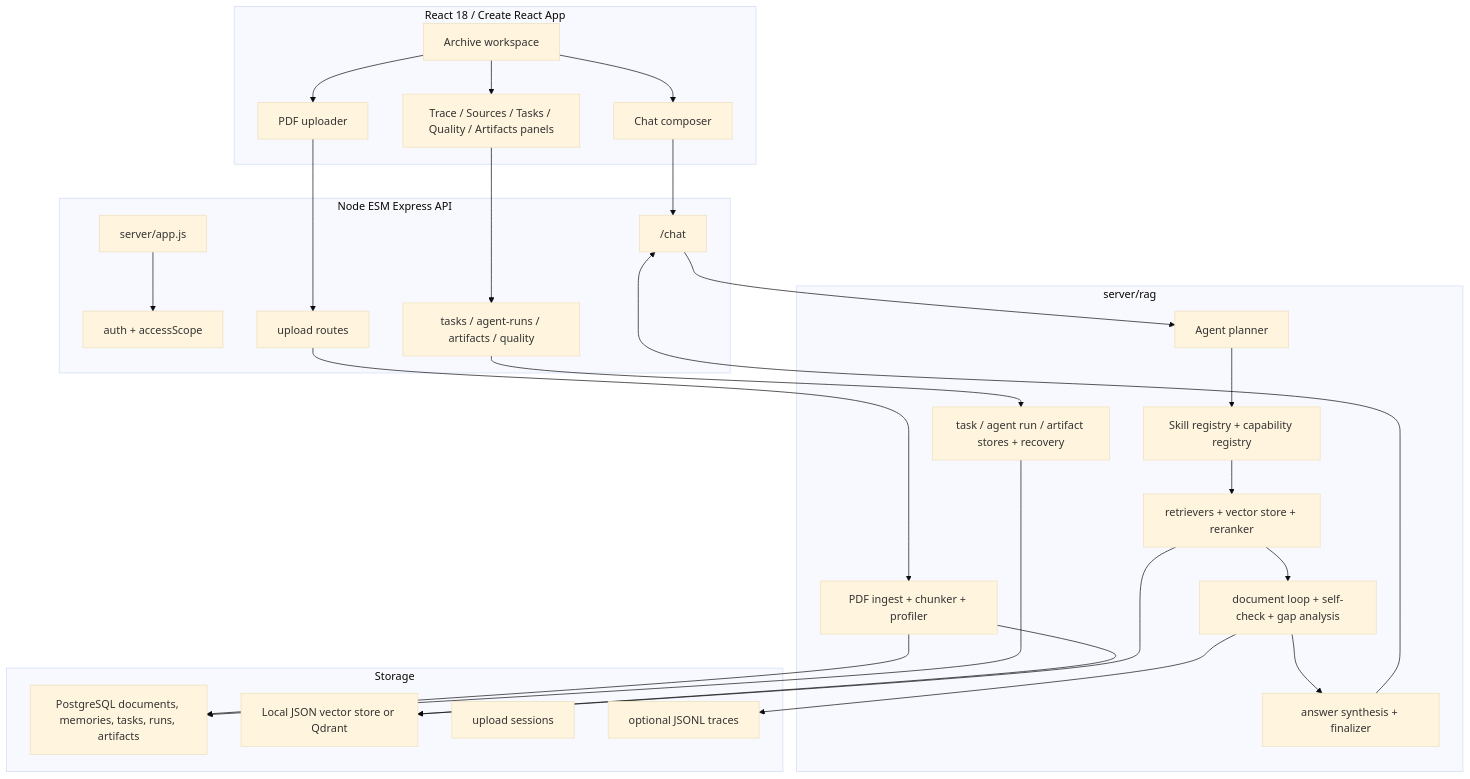
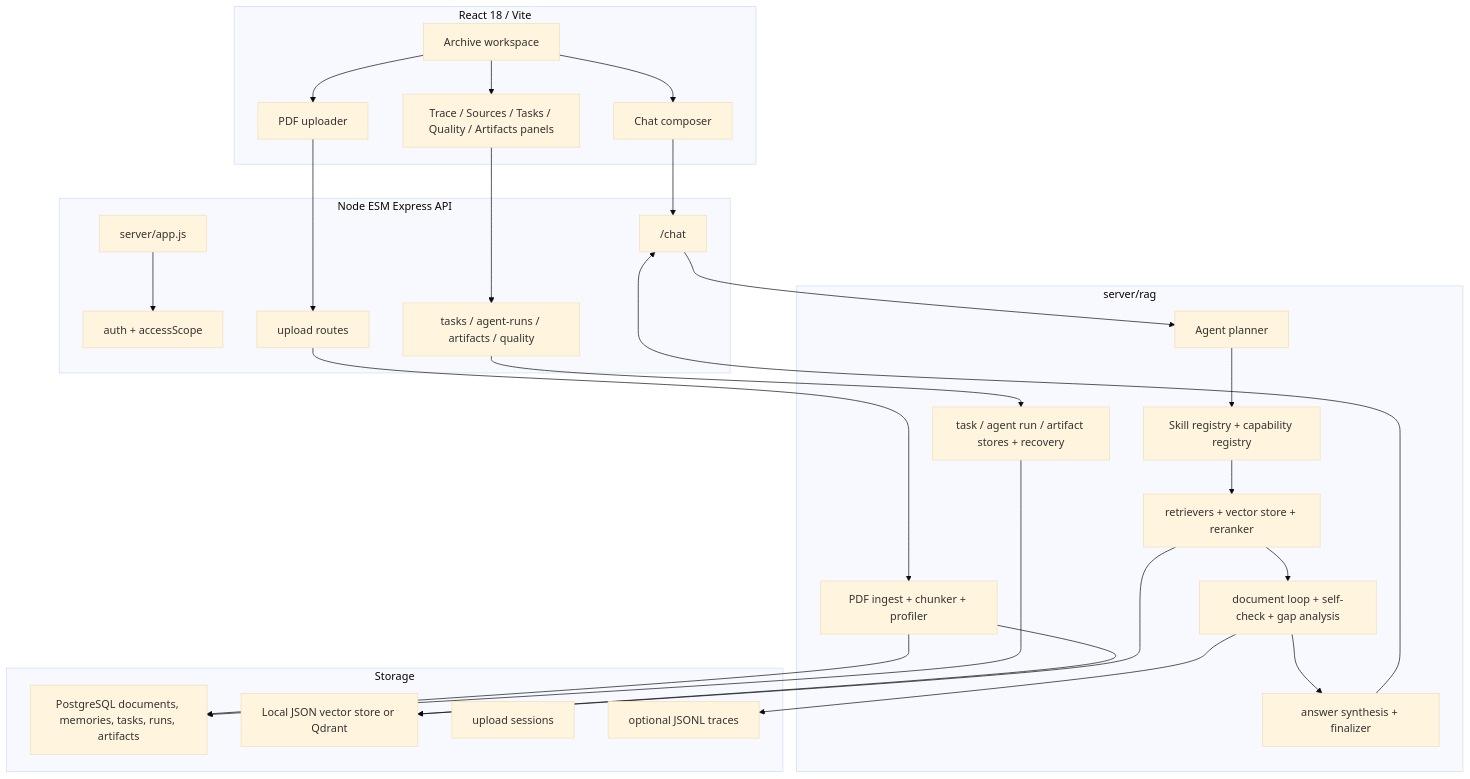
Before and after one commit to luc1ferxx/Luc1ferxx_Archive_RAG: the first of 2 diagrams in README.md, drawn with Mermaid (base theme). The commit also changed other lines of this file and 42 other files, not shown here.

````diff
--- a/README.md
+++ b/README.md
@@ -55,55 +55,55 @@
 ```mermaid
 flowchart TB
-  subgraph Frontend["React 18 / Create React App"]
+  subgraph Frontend["React 18 / Vite"]
     Workspace["Archive workspace"]
     Upload["PDF uploader"]
     Chat["Chat composer"]
     TraceUI["Trace / Sources / Tasks / Quality / Artifacts panels"]
   end
 
   subgraph API["Node ESM Express API"]
     Routes["server/app.js"]
     Auth["auth + accessScope"]
     UploadRoutes["upload routes"]
     ChatRoute["/chat"]
     TaskRoutes["tasks / agent-runs / artifacts / quality"]
   end
 
   subgraph RAG["server/rag"]
     Ingest["PDF ingest + chunker + profiler"]
     Planner["Agent planner"]
     Skills["Skill registry + capability registry"]
     Retrieval["retrievers + vector store + reranker"]
     Loop["document loop + self-check + gap analysis"]
     Finalizer["answer synthesis + finalizer"]
     Runs["task / agent run / artifact stores + recovery"]
   end
 
   subgraph Storage["Storage"]
     Postgres["PostgreSQL documents, memories, tasks, runs, artifacts"]
     Vector["Local JSON vector store or Qdrant"]
     UploadSessions["upload sessions"]
     TraceFiles["optional JSONL traces"]
   end
 
   Workspace --> Upload
   Workspace --> Chat
   Workspace --> TraceUI
   Upload --> UploadRoutes
   Chat --> ChatRoute
   TraceUI --> TaskRoutes
   Routes --> Auth
   UploadRoutes --> Ingest
   ChatRoute --> Planner
   Planner --> Skills
   Skills --> Retrieval
   Retrieval --> Loop
   Loop --> Finalizer
   Finalizer --> ChatRoute
   TaskRoutes --> Runs
   Ingest --> Postgres
   Ingest --> Vector
   Retrieval --> Vector
   Runs --> Postgres
   Loop --> TraceFiles
 ```
````
